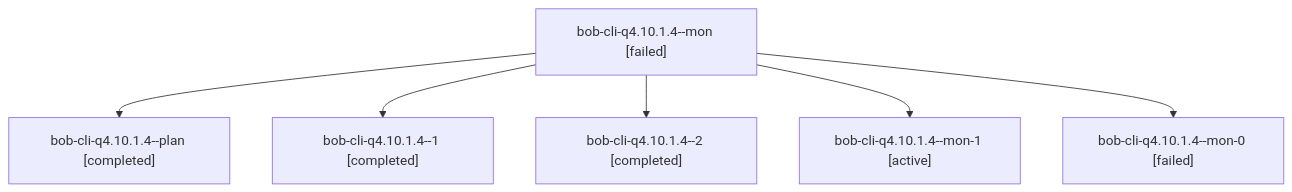
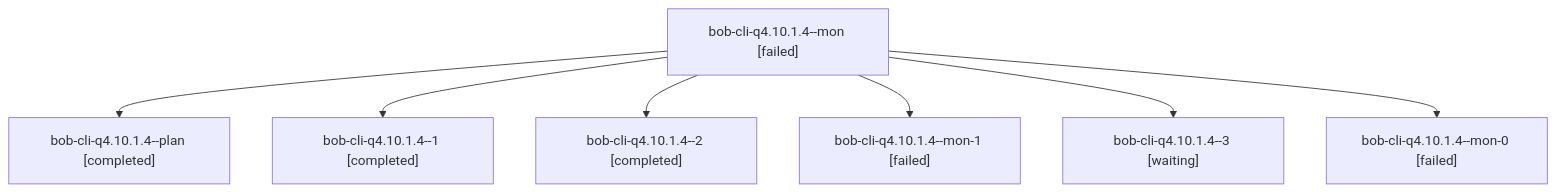
One commit to bobs-org/bob-cli--agents changed the diagram in sessions/bbugyi200.athena.bob-cli-q4.10.1.4.md. Above: the diagram before and after it, drawn with Mermaid. The commit also changed other lines of this file and 117 other files, not shown here.

````diff
--- a/sessions/bbugyi200.athena.bob-cli-q4.10.1.4.md
+++ b/sessions/bbugyi200.athena.bob-cli-q4.10.1.4.md
@@ -9,14 +9,16 @@
 ```mermaid
 flowchart TD
   n0["bob-cli-q4.10.1.4--mon [failed]"]
   n1["bob-cli-q4.10.1.4--plan [completed]"]
   n0 --> n1
   n2["bob-cli-q4.10.1.4--1 [completed]"]
   n0 --> n2
   n3["bob-cli-q4.10.1.4--2 [completed]"]
   n0 --> n3
-  n4["bob-cli-q4.10.1.4--mon-1 [active]"]
+  n4["bob-cli-q4.10.1.4--mon-1 [failed]"]
   n0 --> n4
-  n5["bob-cli-q4.10.1.4--mon-0 [failed]"]
+  n5["bob-cli-q4.10.1.4--3 [waiting]"]
   n0 --> n5
+  n6["bob-cli-q4.10.1.4--mon-0 [failed]"]
+  n0 --> n6
 ```
````
